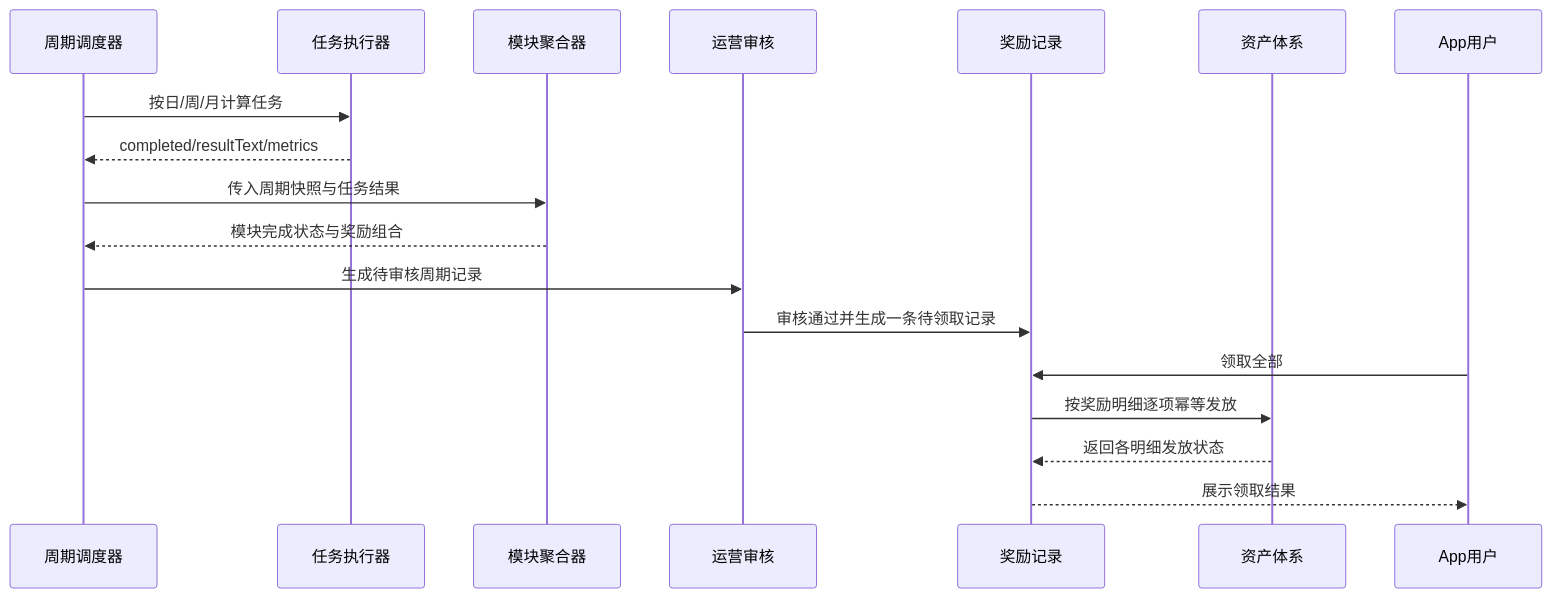
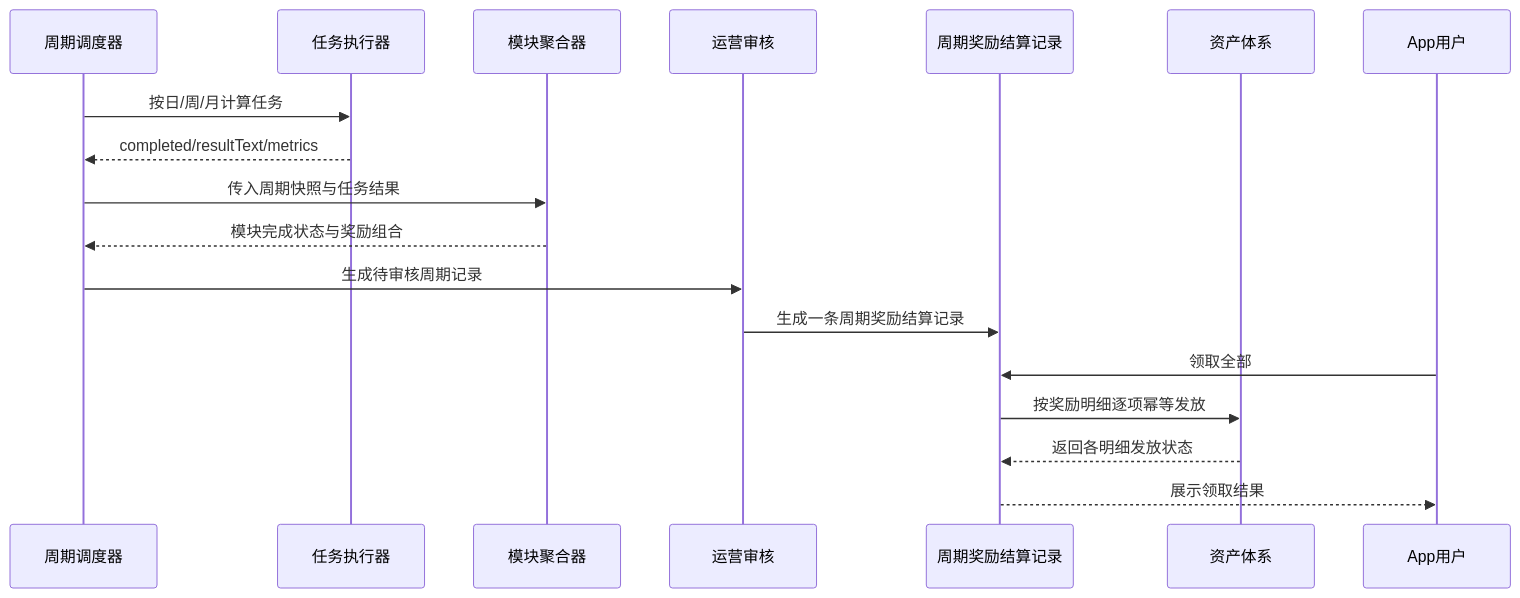
Before and after one commit to lxw13000/sano-pm: the fourth of 4 diagrams in sano用户任务体系/需求文档/用户身份任务体系.md, drawn with Mermaid. The commit also changed other lines of this file and 57 other files, not shown here.

````diff
--- a/sano用户任务体系/需求文档/用户身份任务体系.md
+++ b/sano用户任务体系/需求文档/用户身份任务体系.md
@@ -479,21 +486,21 @@
 ```mermaid
 sequenceDiagram
     participant S as 周期调度器
     participant T as 任务执行器
     participant M as 模块聚合器
     participant O as 运营审核
-    participant R as 奖励记录
+    participant R as 周期奖励结算记录
     participant A as 资产体系
     participant U as App用户
 
     S->>T: 按日/周/月计算任务
     T-->>S: completed/resultText/metrics
     S->>M: 传入周期快照与任务结果
     M-->>S: 模块完成状态与奖励组合
     S->>O: 生成待审核周期记录
-    O->>R: 审核通过并生成一条待领取记录
+    O->>R: 生成一条周期奖励结算记录
     U->>R: 领取全部
     R->>A: 按奖励明细逐项幂等发放
     A-->>R: 返回各明细发放状态
     R-->>U: 展示领取结果
 ```
````
